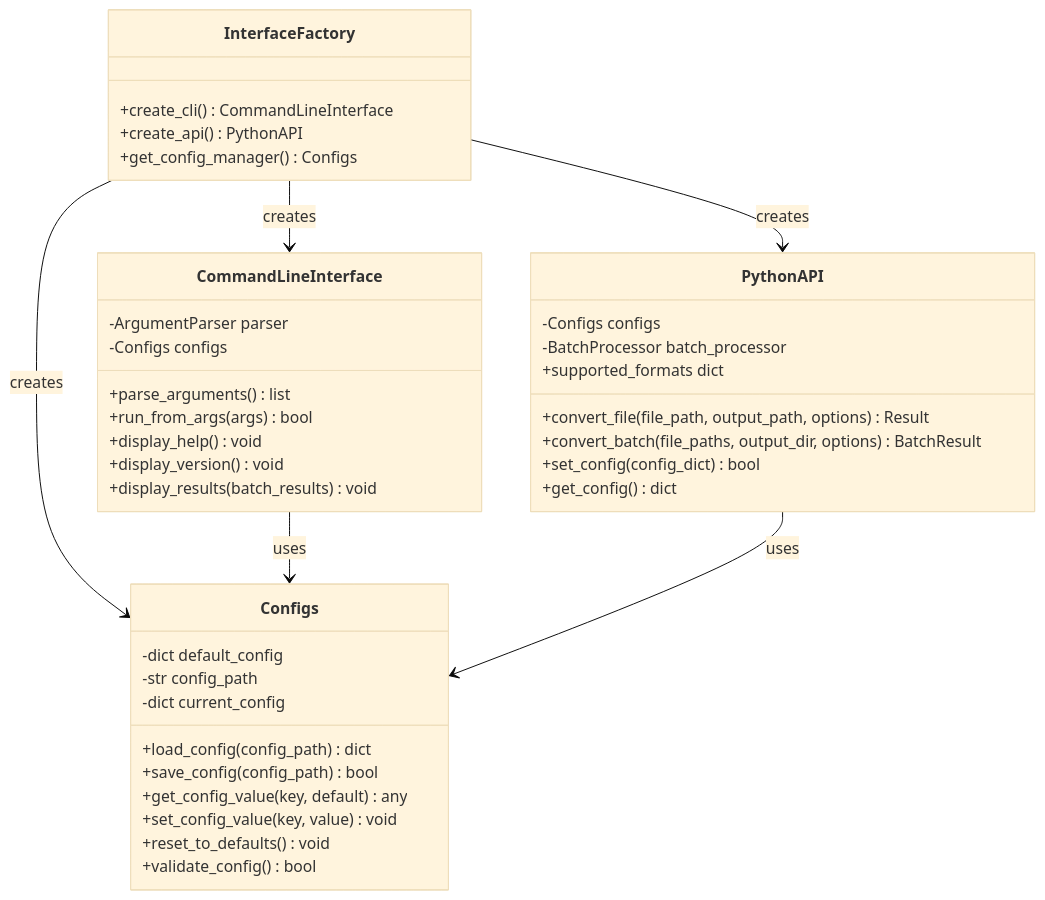
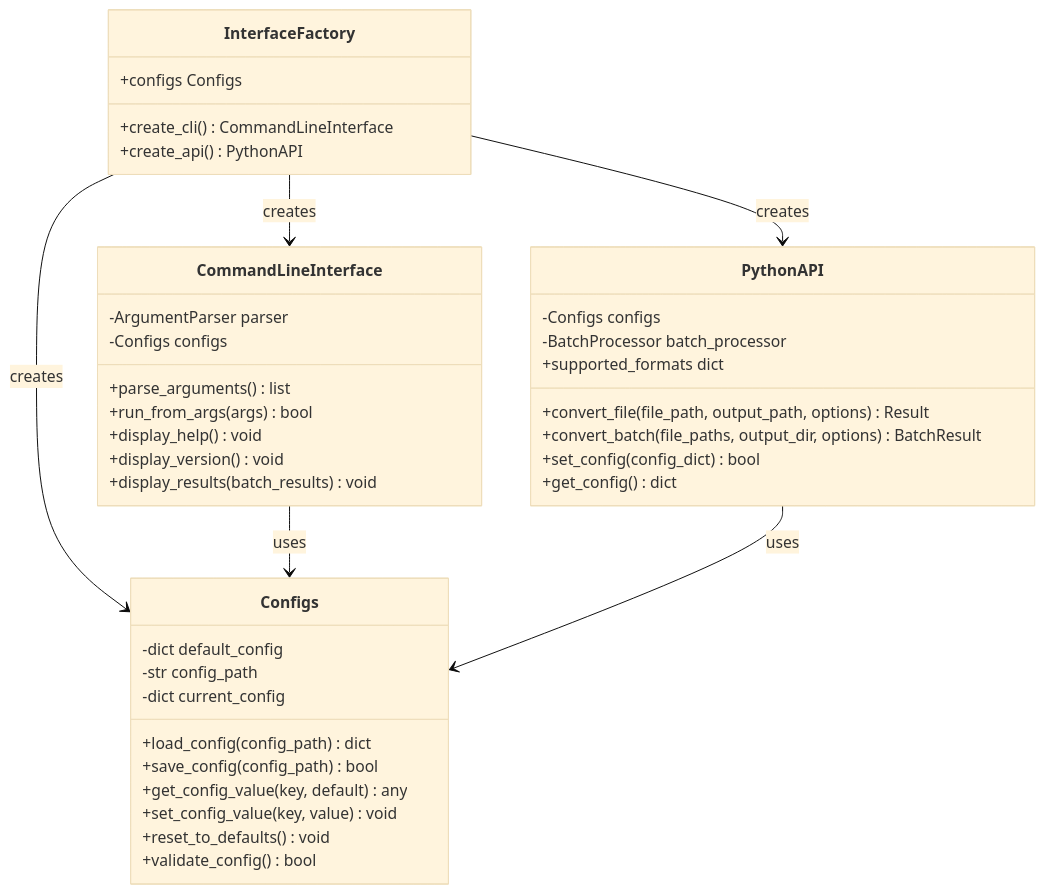
Before and after one commit to endomorphosis/omni_converter_mk2: the second of 6 diagrams in SAD.md, drawn with Mermaid (base theme). The commit also changed other lines of this file and 92 other files, not shown here.

````diff
--- a/SAD.md
+++ b/SAD.md
@@ -145,46 +145,46 @@
 ```mermaid
 classDiagram
     class CommandLineInterface {
         -ArgumentParser parser
         -Configs configs
         +parse_arguments() list
         +run_from_args(args) bool
         +display_help() void
         +display_version() void
         +display_results(batch_results) void
     }
 
     class PythonAPI {
         -Configs configs
         -BatchProcessor batch_processor
         +convert_file(file_path, output_path, options) Result
         +convert_batch(file_paths, output_dir, options) BatchResult
         +supported_formats dict
         +set_config(config_dict) bool
         +get_config() dict
     }
 
     class Configs {
         -dict default_config
         -str config_path
         -dict current_config
         +load_config(config_path) dict
         +save_config(config_path) bool
         +get_config_value(key, default) any
         +set_config_value(key, value) void
         +reset_to_defaults() void
         +validate_config() bool
     }
 
     class InterfaceFactory {
         +create_cli() CommandLineInterface
         +create_api() PythonAPI
-        +get_config_manager() Configs
+        +configs Configs
     }
 
     InterfaceFactory --> CommandLineInterface : creates
     InterfaceFactory --> PythonAPI : creates 
     InterfaceFactory --> Configs : creates
     CommandLineInterface --> Configs : uses
     PythonAPI --> Configs : uses
 ```
````
